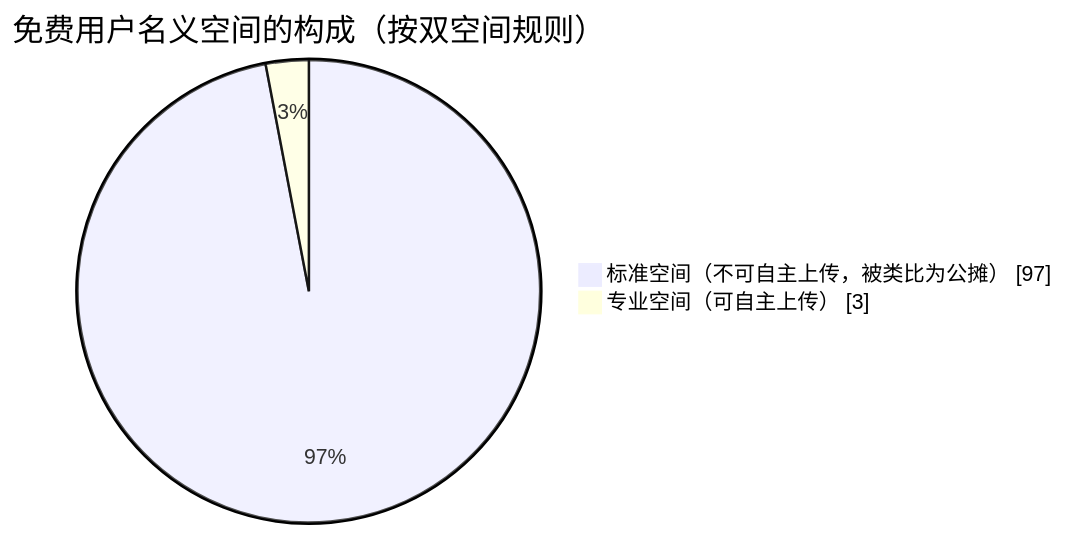
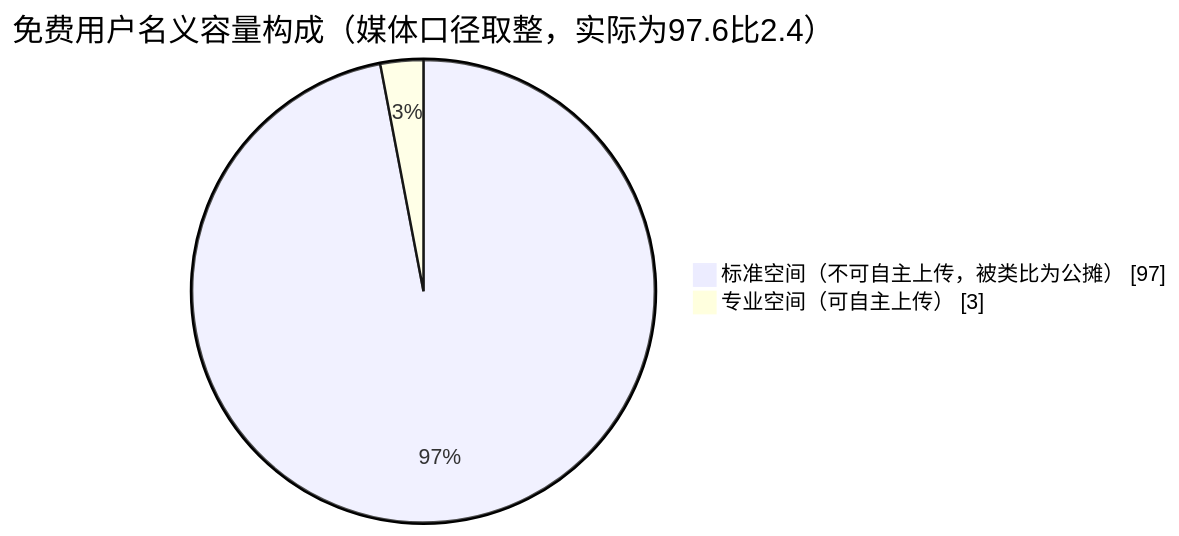
The third of 4 diagrams in docs/posts/test002.md (moaradc/blog-content), drawn with Mermaid before and after one commit. The commit also changed other lines of this file, not shown here.

````diff
--- a/docs/posts/test002.md
+++ b/docs/posts/test002.md
@@ -100,6 +182,6 @@
 ```mermaid
 pie showData
-    title 免费用户名义空间的构成（按双空间规则）
+    title 免费用户名义容量构成（媒体口径取整，实际为97.6比2.4）
     "标准空间（不可自主上传，被类比为公摊）" : 97
     "专业空间（可自主上传）" : 3
 ```
````
